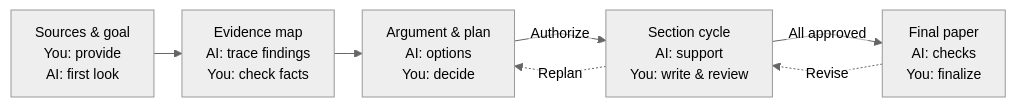
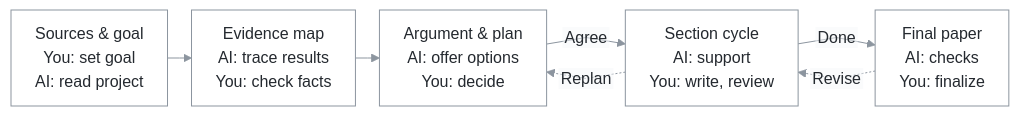
The diagram in README.md (SAFuDarren/paper-shaper), drawn with Mermaid before and after one commit. The commit also changed other lines of this file and 5 other files, not shown here.

````diff
--- a/README.md
+++ b/README.md
@@ -17,29 +17,36 @@
 ```mermaid
 ---
 config:
-  theme: neutral
+  theme: base
   look: classic
   layout: dagre
   themeVariables:
-    fontSize: 14px
+    fontFamily: 'Arial, "PingFang SC", "Microsoft YaHei", "Noto Sans CJK SC", sans-serif'
+    fontSize: 16px
+    primaryColor: '#ffffff'
+    primaryTextColor: '#24292f'
+    primaryBorderColor: '#8c959f'
+    lineColor: '#8c959f'
+    textColor: '#24292f'
+    edgeLabelBackground: '#f6f8fa'
   flowchart:
     htmlLabels: false
     nodeSpacing: 24
-    rankSpacing: 28
+    rankSpacing: 24
     padding: 12
     wrappingWidth: 180
     curve: linear
 ---
 flowchart LR
-    A["Sources & goal<br/>You: provide<br/>AI: first look"]
-    B["Evidence map<br/>AI: trace findings<br/>You: check facts"]
-    C["Argument & plan<br/>AI: options<br/>You: decide"]
-    D["Section cycle<br/>AI: support<br/>You: write & review"]
+    A["Sources & goal<br/>You: set goal<br/>AI: read project"]
+    B["Evidence map<br/>AI: trace results<br/>You: check facts"]
+    C["Argument & plan<br/>AI: offer options<br/>You: decide"]
+    D["Section cycle<br/>AI: support<br/>You: write, review"]
     E["Final paper<br/>AI: checks<br/>You: finalize"]
 
     A --> B --> C
-    C -->|Authorize| D
-    D -->|All approved| E
+    C -->|Agree| D
+    D -->|Done| E
     D -.->|Replan| C
     E -.->|Revise| D
 ```
````
